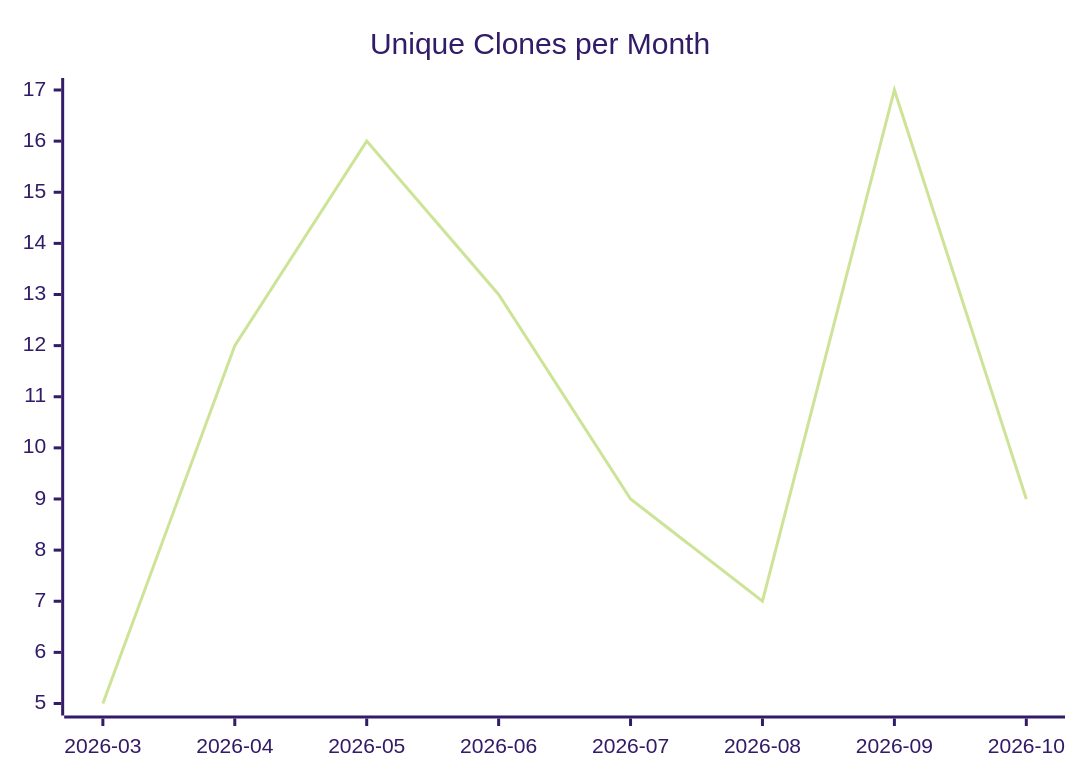
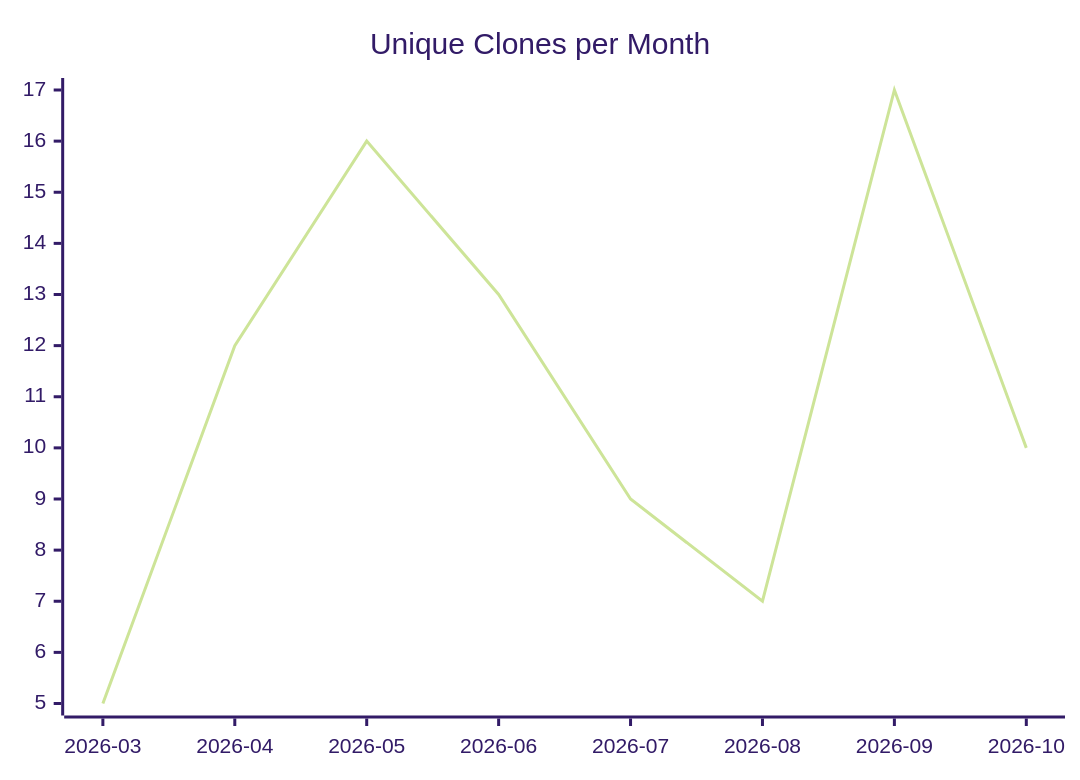
Before and after one commit to justdavis-family/github-analytics-data: the third of 3 diagrams in karlmdavis/justdavis-karl/README.md, drawn with Mermaid (forest theme). The commit also changed other lines of this file and 198 other files, not shown here.

````diff
--- a/karlmdavis/justdavis-karl/README.md
+++ b/karlmdavis/justdavis-karl/README.md
@@ -19,6 +19,6 @@
 ```mermaid
 xychart-beta
   title "Unique Clones per Month"
   x-axis ["2026-03", "2026-04", "2026-05", "2026-06", "2026-07", "2026-08", "2026-09", "2026-10"]
-  line [5, 12, 16, 13, 9, 7, 17, 9]
+  line [5, 12, 16, 13, 9, 7, 17, 10]
 ```
````
